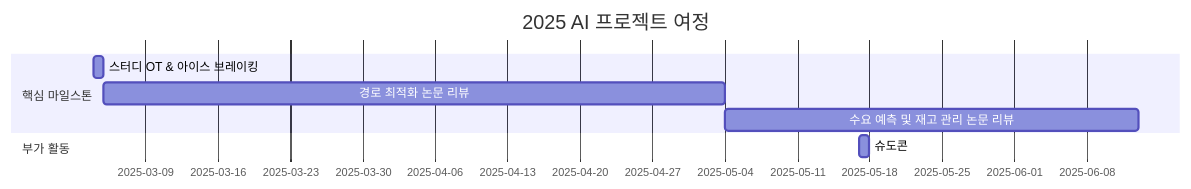
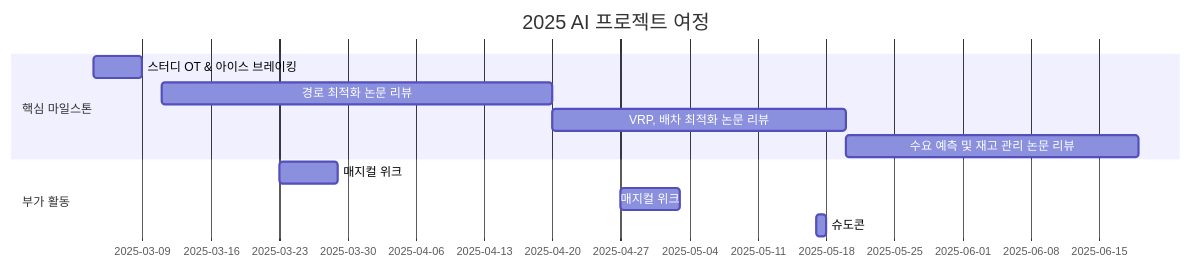
The diagram in README.md (Pseudo-Lab/AI-in-Transportation-Logistics), drawn with Mermaid before and after one commit. The commit also changed other lines of this file, not shown here.

````diff
--- a/README.md
+++ b/README.md
@@ -54,10 +75,14 @@
 ```mermaid
 gantt
     title 2025 AI 프로젝트 여정
     section 핵심 마일스톤
-    스터디 OT & 아이스 브레이킹       :a1, 2025-03-04, 1d
-    경로 최적화 논문 리뷰       :a2, 2025-03-05, 60d
-    수요 예측 및 재고 관리 논문 리뷰        :a3, after a2, 40d
+    스터디 OT & 아이스 브레이킹       :a1, 2025-03-04, 5d
+    경로 최적화 논문 리뷰       :a2, 2025-03-11, 40d
+    VRP, 배차 최적화 논문 리뷰        :a3, after a2, 30d
+    수요 예측 및 재고 관리 논문 리뷰        :a4, after a3, 30d
+    
     section 부가 활동
+    매지컬 위크         :2025-03-23, 6d
+    매지컬 위크         :2025-04-27, 6d
     슈도콘         :2025-05-17, 1d
 ```
````
